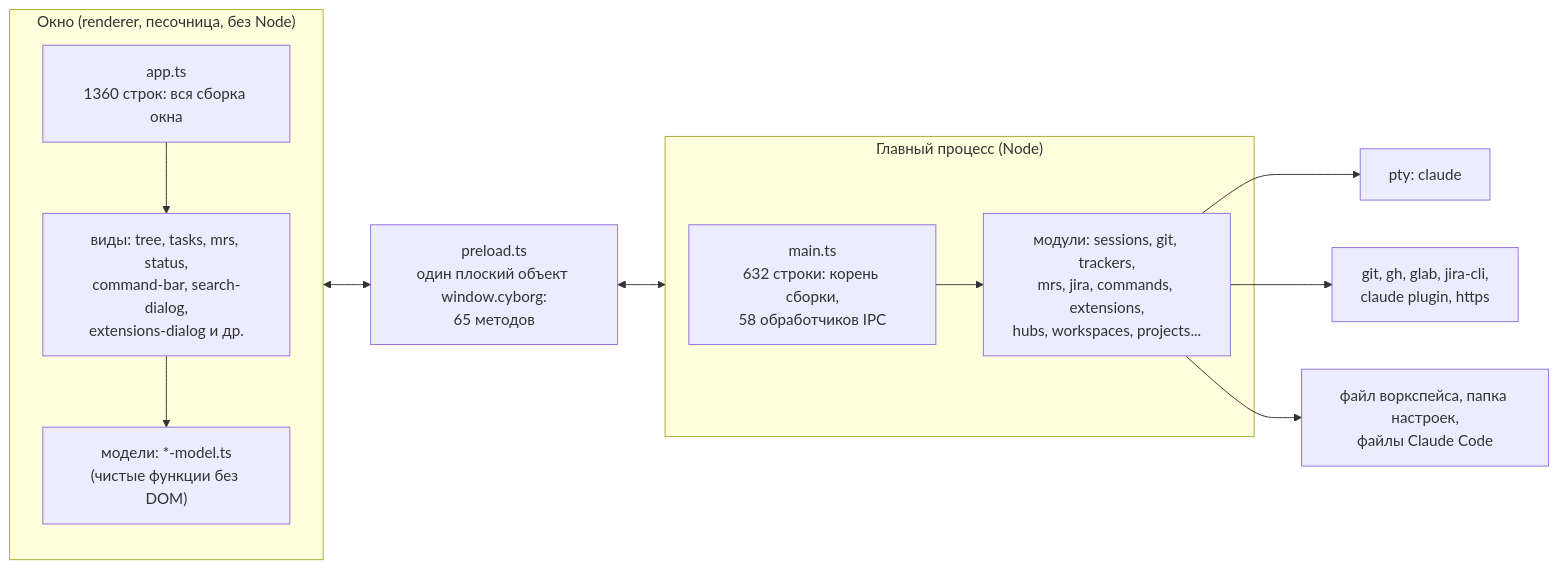
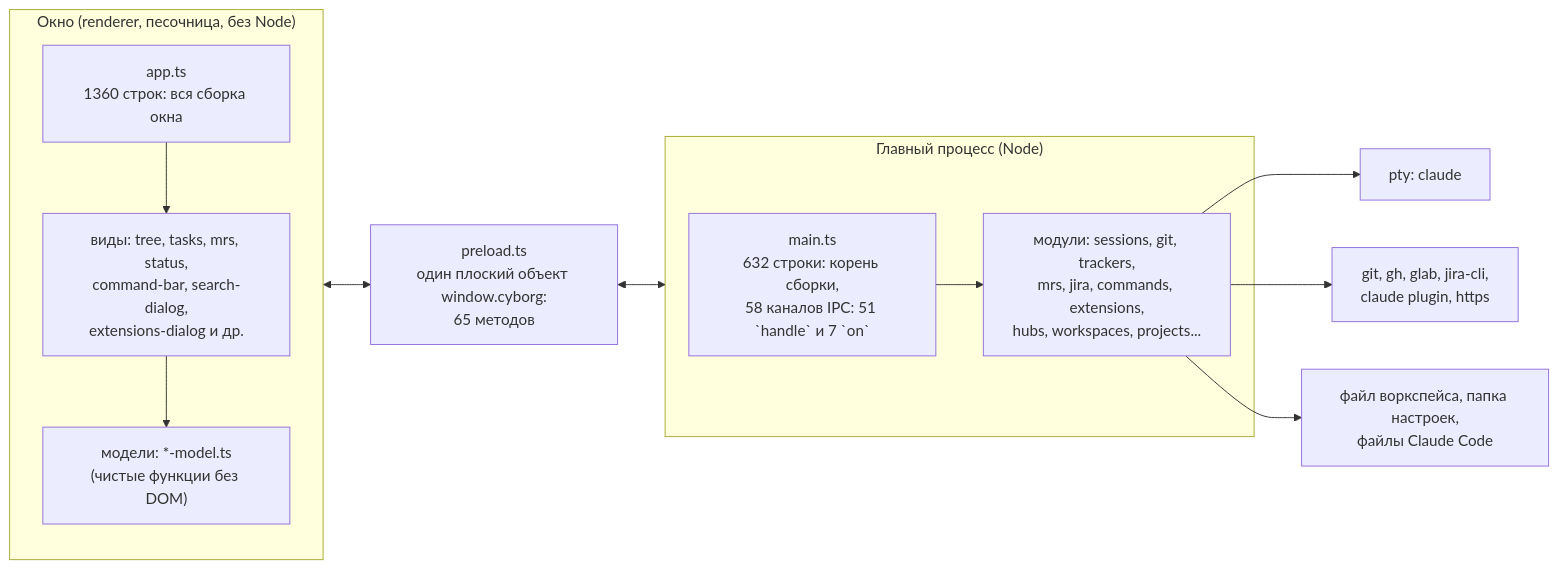
One commit to dex-it/ai-cyborg changed the diagram in docs/cyborg-harness/research/cyborg-today.md. Above: the diagram before and after it, drawn with Mermaid. The commit also changed other lines of this file and 4 other files, not shown here.

````diff
--- a/docs/cyborg-harness/research/cyborg-today.md
+++ b/docs/cyborg-harness/research/cyborg-today.md
@@ -25,19 +25,19 @@
 ```mermaid
 flowchart LR
   subgraph win["Окно (renderer, песочница, без Node)"]
     APP["app.ts<br/>1360 строк: вся сборка окна"]
     VIEWS["виды: tree, tasks, mrs, status,<br/>command-bar, search-dialog,<br/>extensions-dialog и др."]
     MODELS["модели: *-model.ts<br/>(чистые функции без DOM)"]
     APP --> VIEWS --> MODELS
   end
   PRE["preload.ts<br/>один плоский объект window.cyborg:<br/>65 методов"]
   subgraph main["Главный процесс (Node)"]
-    MAIN["main.ts<br/>632 строки: корень сборки,<br/>58 обработчиков IPC"]
+    MAIN["main.ts<br/>632 строки: корень сборки,<br/>58 каналов IPC: 51 `handle` и 7 `on`"]
     MODS["модули: sessions, git, trackers,<br/>mrs, jira, commands, extensions,<br/>hubs, workspaces, projects..."]
     MAIN --> MODS
   end
   win <--> PRE <--> main
   MODS --> PTY["pty: claude"]
   MODS --> EXT["git, gh, glab, jira-cli,<br/>claude plugin, https"]
   MODS --> FILES["файл воркспейса, папка настроек,<br/>файлы Claude Code"]
 ```
````
